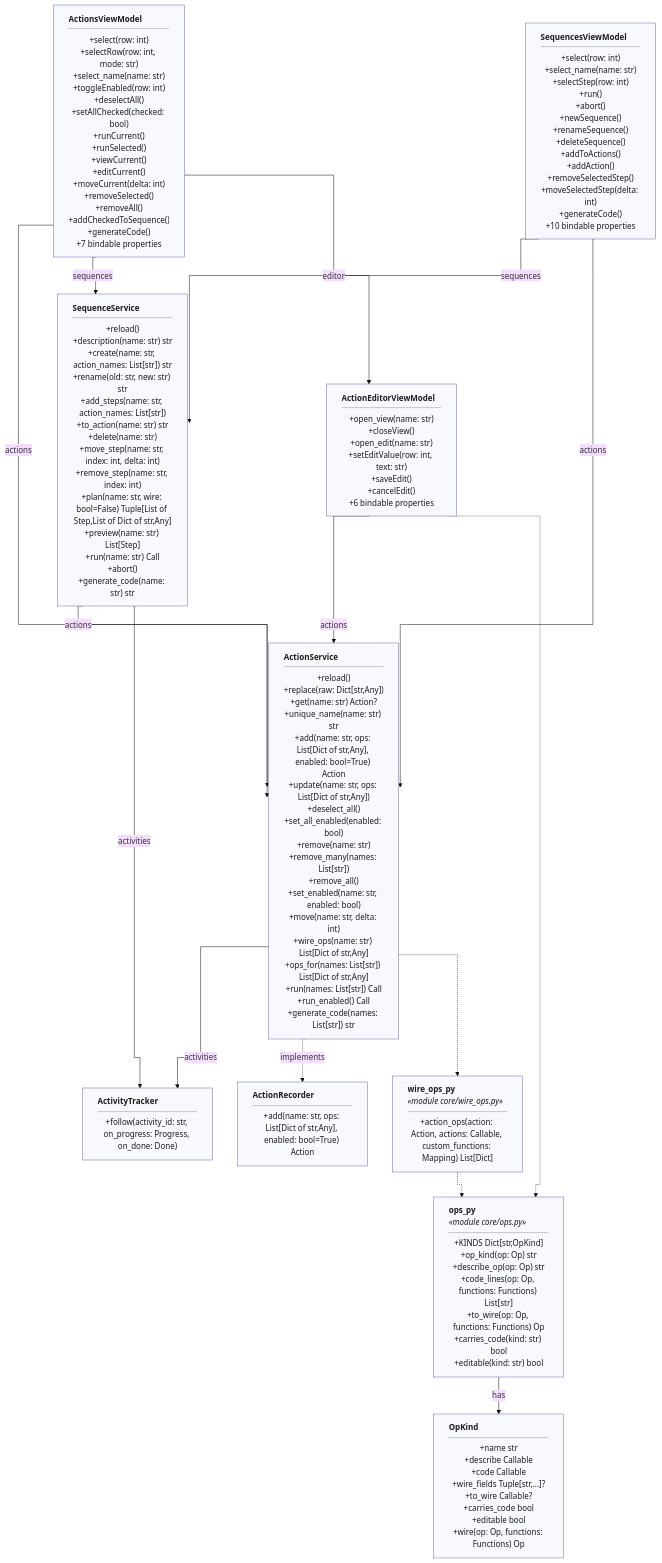
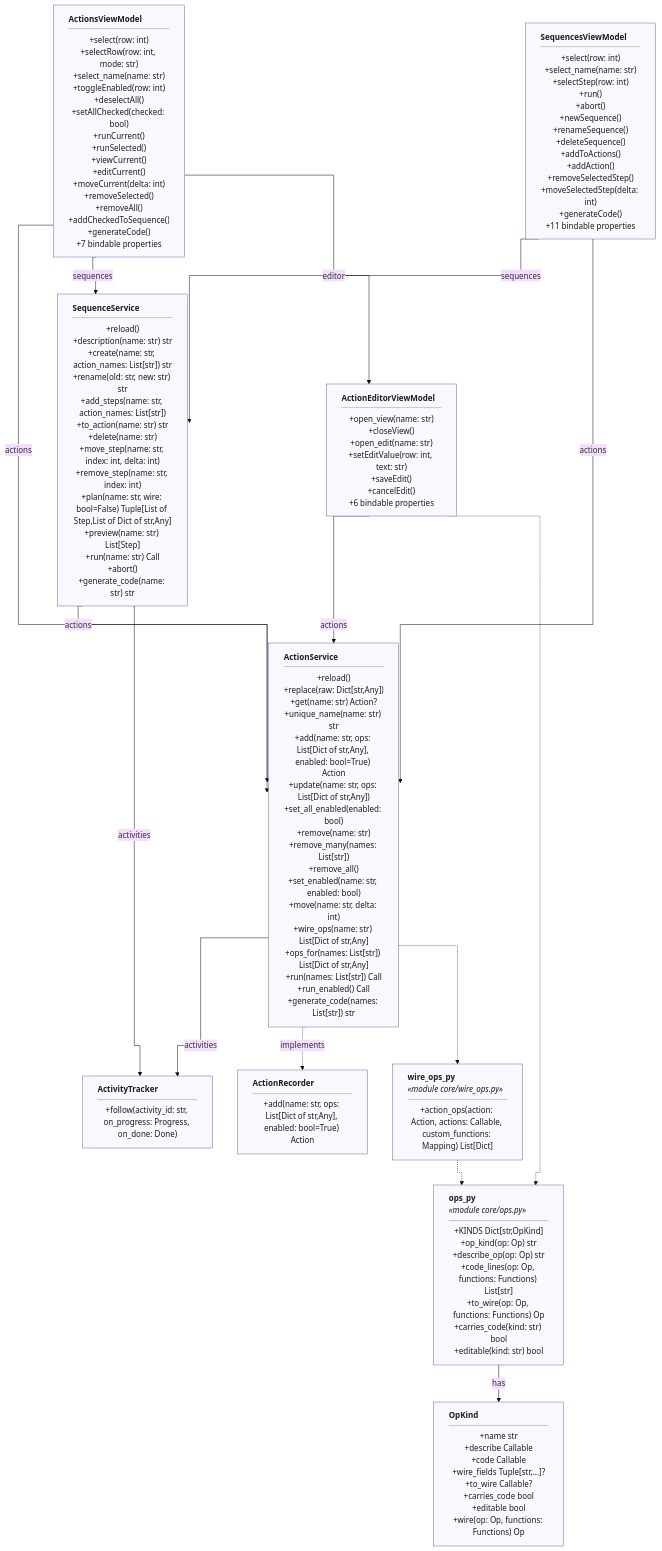
One commit to ShoyonK/sample_ui changed diagram 15 of 30 in docs/ARCHITECTURE.md. Above: the diagram before and after it, drawn with Mermaid (base theme). The commit also changed other lines of this file and 315 other files, not shown here.

````diff
--- a/docs/ARCHITECTURE.md
+++ b/docs/ARCHITECTURE.md
@@ -483,30 +507,30 @@
 ```mermaid
 %%{init: {"flowchart": {"curve": "stepAfter"}}}%%
 flowchart TB
     classDef box text-align:left,fill:#f8f8ff,stroke:#6a6ab0,color:#1c1c1c
     classDef stub fill:#ffffff,stroke:#6a6ab0,stroke-dasharray:4 3,color:#1c1c1c
-    ActionService["<b>ActionService</b><hr/>+reload()<br/>+replace(raw: Dict[str,Any])<br/>+get(name: str) Action?<br/>+unique_name(name: str) str<br/>+add(name: str, ops: List[Dict of str,Any], enabled: bool=True) Action<br/>+update(name: str, ops: List[Dict of str,Any])<br/>+deselect_all()<br/>+set_all_enabled(enabled: bool)<br/>+remove(name: str)<br/>+remove_many(names: List[str])<br/>+remove_all()<br/>+set_enabled(name: str, enabled: bool)<br/>+move(name: str, delta: int)<br/>+wire_ops(name: str) List[Dict of str,Any]<br/>+ops_for(names: List[str]) List[Dict of str,Any]<br/>+run(names: List[str]) Call<br/>+run_enabled() Call<br/>+generate_code(names: List[str]) str"]:::box
+    ActionService["<b>ActionService</b><hr/>+reload()<br/>+replace(raw: Dict[str,Any])<br/>+get(name: str) Action?<br/>+unique_name(name: str) str<br/>+add(name: str, ops: List[Dict of str,Any], enabled: bool=True) Action<br/>+update(name: str, ops: List[Dict of str,Any])<br/>+set_all_enabled(enabled: bool)<br/>+remove(name: str)<br/>+remove_many(names: List[str])<br/>+remove_all()<br/>+set_enabled(name: str, enabled: bool)<br/>+move(name: str, delta: int)<br/>+wire_ops(name: str) List[Dict of str,Any]<br/>+ops_for(names: List[str]) List[Dict of str,Any]<br/>+run(names: List[str]) Call<br/>+run_enabled() Call<br/>+generate_code(names: List[str]) str"]:::box
     SequenceService["<b>SequenceService</b><hr/>+reload()<br/>+description(name: str) str<br/>+create(name: str, action_names: List[str]) str<br/>+rename(old: str, new: str) str<br/>+add_steps(name: str, action_names: List[str])<br/>+to_action(name: str) str<br/>+delete(name: str)<br/>+move_step(name: str, index: int, delta: int)<br/>+remove_step(name: str, index: int)<br/>+plan(name: str, wire: bool=False) Tuple[List of Step,List of Dict of str,Any]<br/>+preview(name: str) List[Step]<br/>+run(name: str) Call<br/>+abort()<br/>+generate_code(name: str) str"]:::box
     ActionRecorder["<b>ActionRecorder</b><hr/>+add(name: str, ops: List[Dict of str,Any], enabled: bool=True) Action"]:::box
     ActivityTracker["<b>ActivityTracker</b><hr/>+follow(activity_id: str, on_progress: Progress, on_done: Done)"]:::box
     OpKind["<b>OpKind</b><hr/>+name str<br/>+describe Callable<br/>+code Callable<br/>+wire_fields Tuple[str,...]?<br/>+to_wire Callable?<br/>+carries_code bool<br/>+editable bool<br/>+wire(op: Op, functions: Functions) Op"]:::box
     ActionsViewModel["<b>ActionsViewModel</b><hr/>+select(row: int)<br/>+selectRow(row: int, mode: str)<br/>+select_name(name: str)<br/>+toggleEnabled(row: int)<br/>+deselectAll()<br/>+setAllChecked(checked: bool)<br/>+runCurrent()<br/>+runSelected()<br/>+viewCurrent()<br/>+editCurrent()<br/>+moveCurrent(delta: int)<br/>+removeSelected()<br/>+removeAll()<br/>+addCheckedToSequence()<br/>+generateCode()<br/>+7 bindable properties"]:::box
-    SequencesViewModel["<b>SequencesViewModel</b><hr/>+select(row: int)<br/>+select_name(name: str)<br/>+selectStep(row: int)<br/>+run()<br/>+abort()<br/>+newSequence()<br/>+renameSequence()<br/>+deleteSequence()<br/>+addToActions()<br/>+addAction()<br/>+removeSelectedStep()<br/>+moveSelectedStep(delta: int)<br/>+generateCode()<br/>+10 bindable properties"]:::box
+    SequencesViewModel["<b>SequencesViewModel</b><hr/>+select(row: int)<br/>+select_name(name: str)<br/>+selectStep(row: int)<br/>+run()<br/>+abort()<br/>+newSequence()<br/>+renameSequence()<br/>+deleteSequence()<br/>+addToActions()<br/>+addAction()<br/>+removeSelectedStep()<br/>+moveSelectedStep(delta: int)<br/>+generateCode()<br/>+11 bindable properties"]:::box
     ActionEditorViewModel["<b>ActionEditorViewModel</b><hr/>+open_view(name: str)<br/>+closeView()<br/>+open_edit(name: str)<br/>+setEditValue(row: int, text: str)<br/>+saveEdit()<br/>+cancelEdit()<br/>+6 bindable properties"]:::box
     ops_py["<b>ops_py</b><br/><i>«module core/ops.py»</i><hr/>+KINDS Dict[str,OpKind]<br/>+op_kind(op: Op) str<br/>+describe_op(op: Op) str<br/>+code_lines(op: Op, functions: Functions) List[str]<br/>+to_wire(op: Op, functions: Functions) Op<br/>+carries_code(kind: str) bool<br/>+editable(kind: str) bool"]:::box
     wire_ops_py["<b>wire_ops_py</b><br/><i>«module core/wire_ops.py»</i><hr/>+action_ops(action: Action, actions: Callable, custom_functions: Mapping) List[Dict]"]:::box
     ActionService -->|"activities"| ActivityTracker
     SequenceService -->|"actions"| ActionService
     SequenceService -->|"activities"| ActivityTracker
     ActionsViewModel -->|"actions"| ActionService
     ActionsViewModel -->|"sequences"| SequenceService
     ActionsViewModel -->|"editor"| ActionEditorViewModel
     SequencesViewModel -->|"sequences"| SequenceService
     SequencesViewModel -->|"actions"| ActionService
     ActionEditorViewModel -->|"actions"| ActionService
     ActionService -.->|"implements"| ActionRecorder
     ops_py -->|"has"| OpKind
     wire_ops_py -.-> ops_py
     ActionService -.-> wire_ops_py
     ActionEditorViewModel -.-> ops_py
 ```
````
